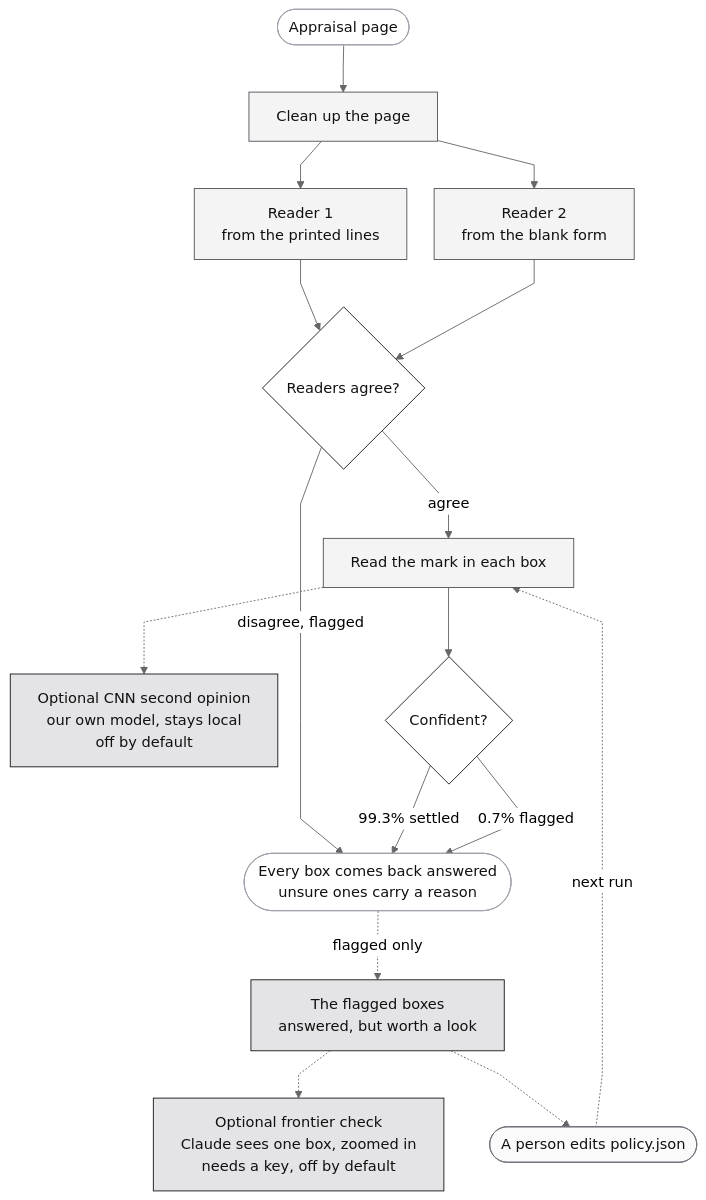
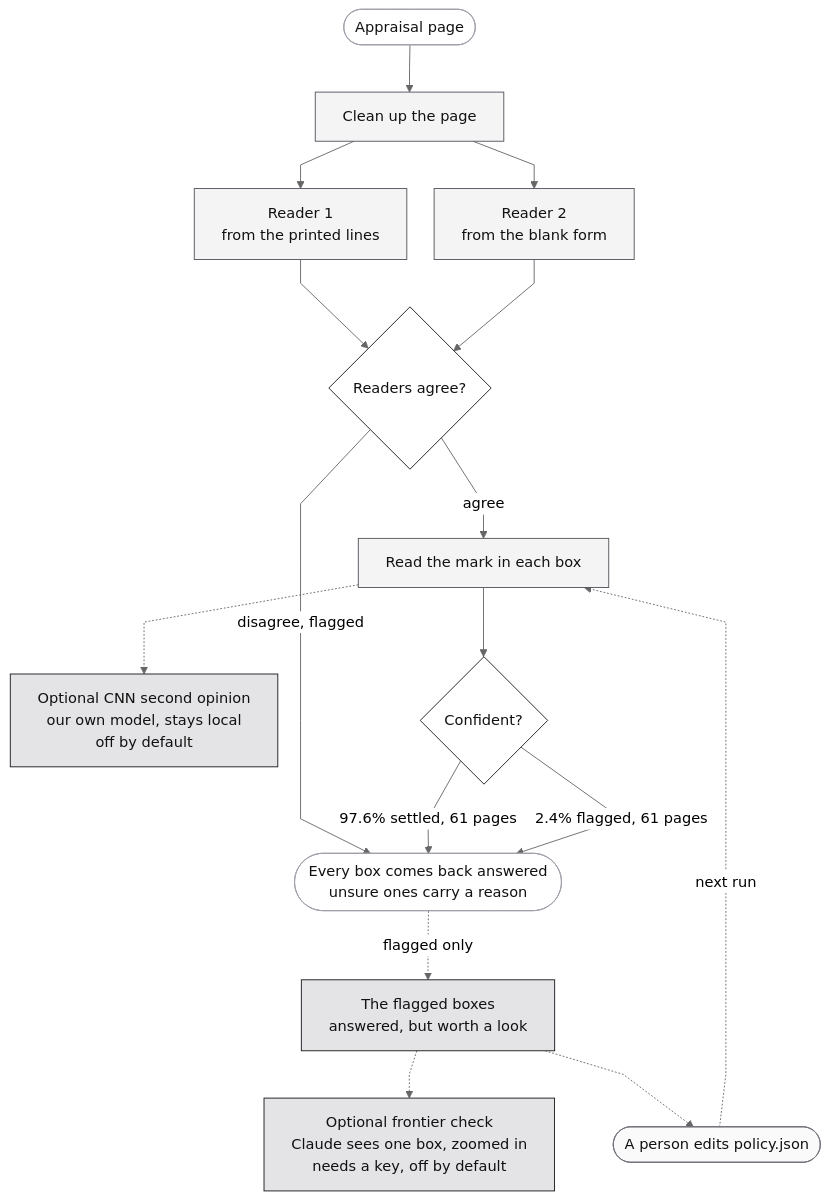
The diagram in README.md (jameswniu/synthetic-image-recognition-cnn-harness), drawn with Mermaid (neutral theme) before and after one commit. The commit also changed other lines of this file and 4 other files, not shown here.

````diff
--- a/README.md
+++ b/README.md
@@ -74,38 +74,38 @@
 ```mermaid
 %%{init: {"flowchart": {"curve": "linear", "nodeSpacing": 30, "rankSpacing": 52, "useMaxWidth": true, "wrappingWidth": 420}}}%%
 flowchart TB
     IN([Appraisal page]):::io
     N["Clean up the page"]:::det
     W1["Reader 1<br/>from the printed lines"]:::det
     W2["Reader 2<br/>from the blank form"]:::det
     G{"Readers agree?"}:::gate
     S["Read the mark in each box"]:::det
     K["Optional CNN second opinion<br/>our own model, stays local<br/>off by default"]:::exc
     C{"Confident?"}:::gate
     OUT([Every box comes back answered<br/>unsure ones carry a reason]):::io
     Q["The flagged boxes<br/>answered, but worth a look"]:::exc
     L["Optional frontier check<br/>Claude sees one box, zoomed in<br/>needs a key, off by default"]:::exc
     H([A person edits policy.json]):::hum
 
     IN --> N
     N --> W1
     N --> W2
     W1 --> G
     W2 --> G
     G -->|agree| S
     G -->|"disagree, flagged"| OUT
     S --> C
     S -.-> K
-    C -->|"99.3% settled"| OUT
-    C -->|"0.7% flagged"| OUT
+    C -->|"97.6% settled, 61 pages"| OUT
+    C -->|"2.4% flagged, 61 pages"| OUT
     OUT -.->|flagged only| Q
     Q -.-> L
     Q -.-> H
     H -.->|"next run"| S
 
     classDef io fill:#ffffff,stroke:#a1a1aa,stroke-width:1px,color:#111111
     classDef det fill:#f4f4f5,stroke:#52525b,stroke-width:1px,color:#111111
     classDef gate fill:#ffffff,stroke:#18181b,stroke-width:1px,color:#111111
     classDef exc fill:#e4e4e7,stroke:#18181b,stroke-width:1px,color:#111111
     classDef hum fill:#fafafa,stroke:#71717a,stroke-width:1px,color:#111111
 ```
````
